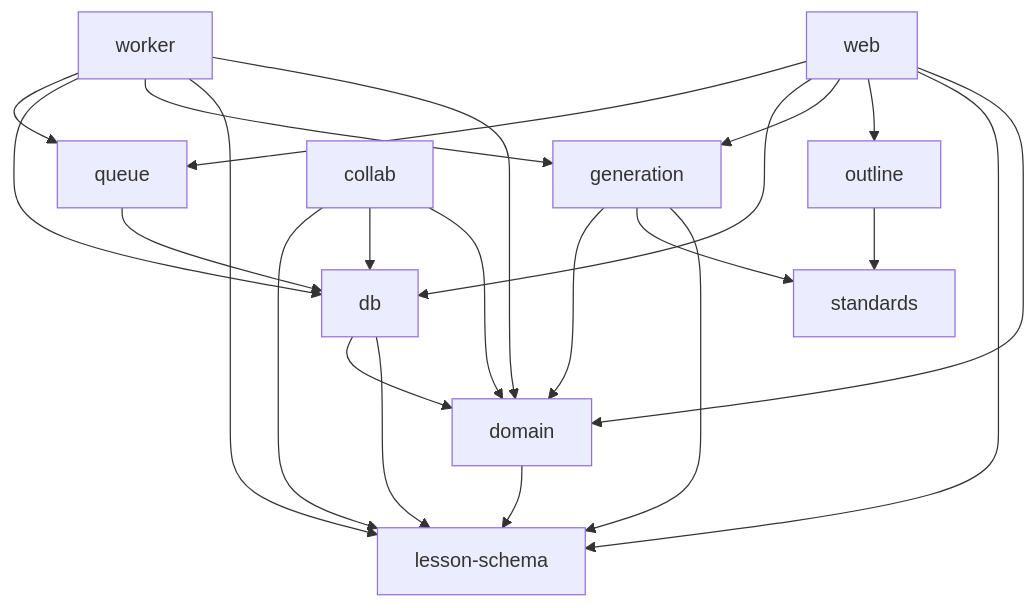
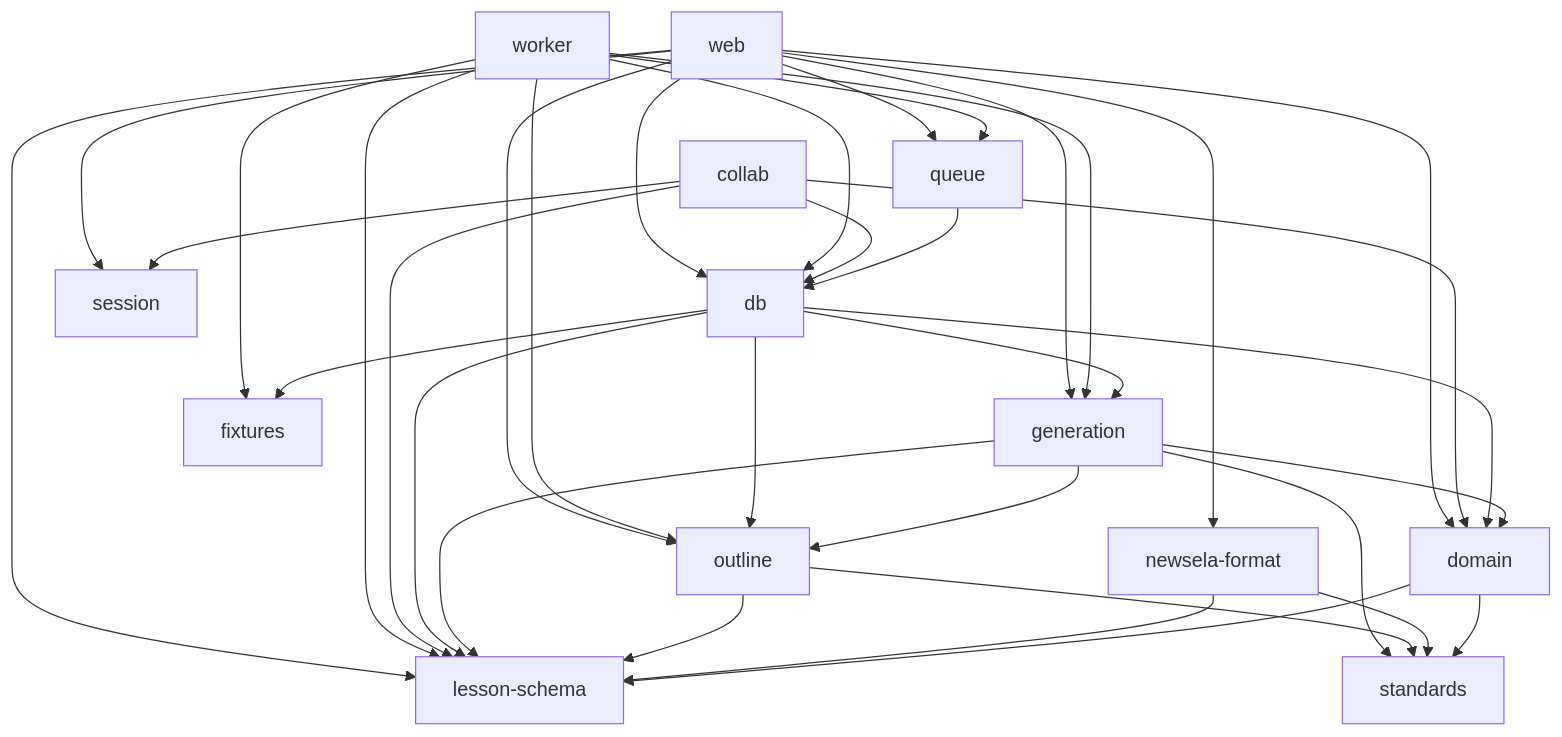
The second of 10 diagrams in docs/architecture.md (debudash/create-learningmodule), drawn with Mermaid before and after one commit. The commit also changed other lines of this file, not shown here.

Commit message:
architecture.md: match the system as built (polling not SSE, real package graph, ai_reviews and digests, server actions, approval and AI Suggestion flows, Haiku review, hosting)

````diff
--- a/docs/architecture.md
+++ b/docs/architecture.md
@@ -73,11 +78,12 @@
 ```mermaid
 flowchart TD
-  web --> domain & lessonschema[lesson-schema] & outline & generation & db & queue
-  worker --> domain & lessonschema & generation & db & queue
-  collab --> domain & db & lessonschema
-  generation --> lessonschema & standards & domain
-  outline --> standards
-  db --> lessonschema & domain
+  web --> db & domain & generation & lessonschema[lesson-schema] & newselaformat[newsela-format] & outline & queue & session
+  worker --> db & generation & lessonschema & outline & queue & fixtures
+  collab --> db & domain & lessonschema & session
+  db --> domain & generation & lessonschema & outline & fixtures
+  generation --> domain & lessonschema & outline & standards
+  outline --> lessonschema & standards
+  newselaformat --> lessonschema & standards
+  domain --> lessonschema & standards
   queue --> db
-  domain --> lessonschema
 ```
````
